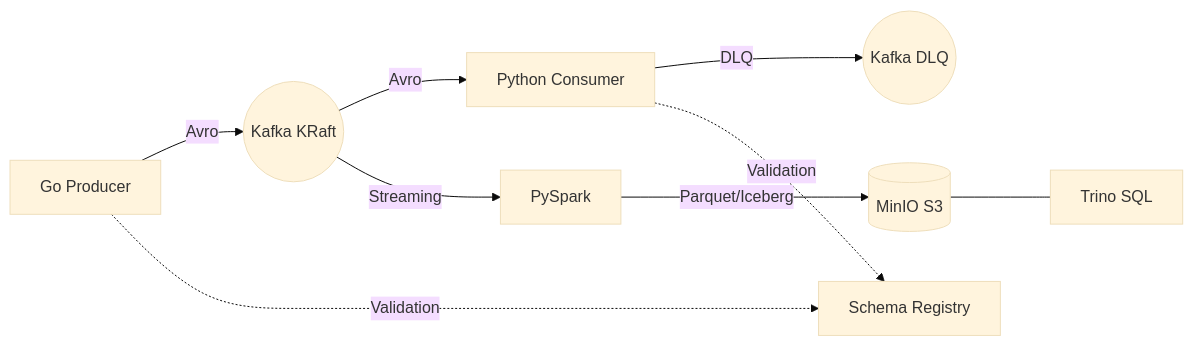
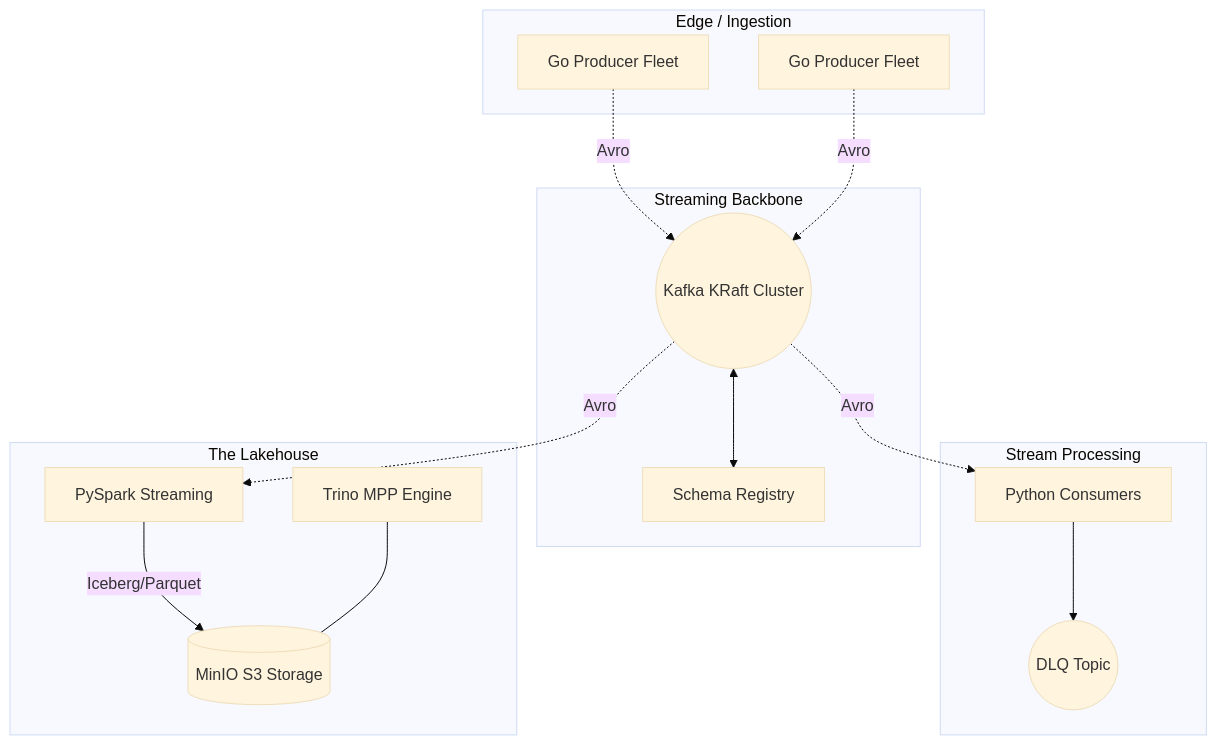
The diagram in docs/design/01-high-level-architecture.md (rhymebulbul/tillstream), drawn with Mermaid (base theme) before and after one commit. The commit also changed other lines of this file and 4 other files, not shown here.

````diff
--- a/docs/design/01-high-level-architecture.md
+++ b/docs/design/01-high-level-architecture.md
@@ -14,12 +23,32 @@
 ```mermaid
-flowchart LR
-    A[Go Producer] -->|Avro| B((Kafka KRaft))
-    B -->|Avro| C[Python Consumer]
-    C -->|DLQ| D((Kafka DLQ))
-    B -->|Streaming| E[PySpark]
-    E -->|Parquet/Iceberg| F[(MinIO S3)]
-    F --- G[Trino SQL]
-    
-    A -.->|Validation| H[Schema Registry]
-    C -.->|Validation| H
+flowchart TD
+    subgraph Edge / Ingestion
+        P1[Go Producer Fleet] 
+        P2[Go Producer Fleet]
+    end
+
+    subgraph Streaming Backbone
+        K1((Kafka KRaft Cluster))
+        SR[Schema Registry]
+        K1 <--> SR
+    end
+
+    subgraph Stream Processing
+        C1[Python Consumers]
+        DLQ((DLQ Topic))
+        C1 --> DLQ
+    end
+
+    subgraph The Lakehouse
+        S1[PySpark Streaming]
+        M1[(MinIO S3 Storage)]
+        T1[Trino MPP Engine]
+        S1 -->|Iceberg/Parquet| M1
+        T1 --- M1
+    end
+
+    P1 -.->|Avro| K1
+    P2 -.->|Avro| K1
+    K1 -.->|Avro| C1
+    K1 -.->|Avro| S1
 ```
````
